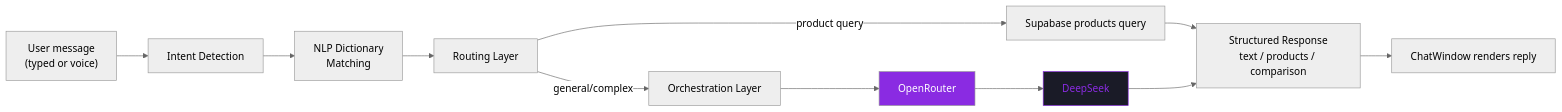
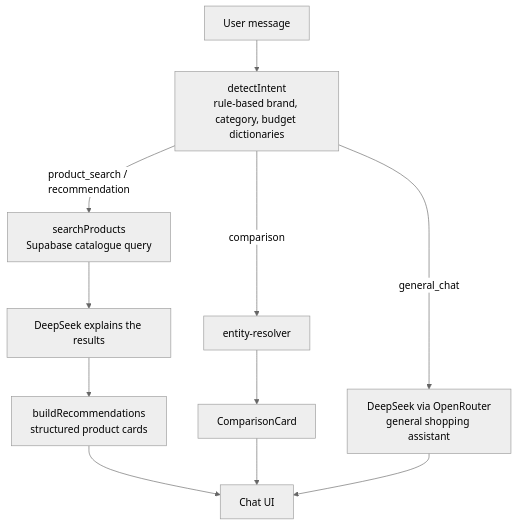
Before and after one commit to Crusty-chirayu/CartIQ: the second of 2 diagrams in README.md, drawn with Mermaid (neutral theme). The commit also changed other lines of this file, not shown here.

````diff
--- a/README.md
+++ b/README.md
@@ -586,16 +85,13 @@
 ```mermaid
-flowchart LR
-    U["User message<br/>(typed or voice)"] --> ID["Intent Detection"]
-    ID --> DICT["NLP Dictionary<br/>Matching"]
-    DICT --> ROUTE["Routing Layer"]
-    ROUTE -->|product query| PROD["Supabase products query"]
-    ROUTE -->|general/complex| ORCH["Orchestration Layer"]
-    ORCH --> OR["OpenRouter"]
-    OR --> DS["DeepSeek"]
-    PROD --> RESP["Structured Response<br/>text / products / comparison"]
-    DS --> RESP
-    RESP --> UI["ChatWindow renders reply"]
-
-    style OR fill:#8A2BE2,color:#fff
-    style DS fill:#1a1b27,color:#8A2BE2,stroke:#8A2BE2
+flowchart TD
+    Msg["User message"] --> Intent["detectIntent<br/>rule-based brand, category, budget dictionaries"]
+    Intent -->|product_search / recommendation| Search["searchProducts<br/>Supabase catalogue query"]
+    Intent -->|general_chat| Chat["DeepSeek via OpenRouter<br/>general shopping assistant"]
+    Intent -->|comparison| Resolve["entity-resolver"]
+    Search --> Explain["DeepSeek explains the results"]
+    Explain --> Cards["buildRecommendations<br/>structured product cards"]
+    Resolve --> Compare["ComparisonCard"]
+    Cards --> UI["Chat UI"]
+    Compare --> UI
+    Chat --> UI
 ```
````
